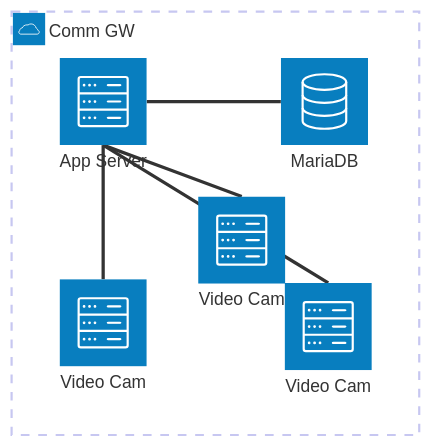
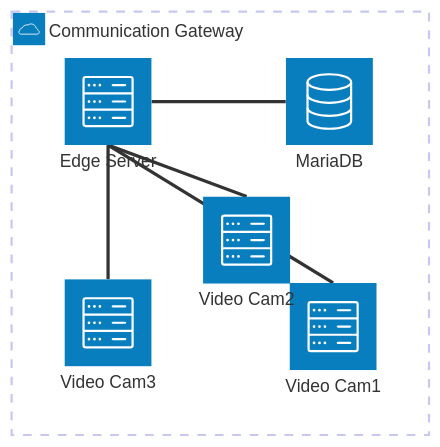
The second of 2 diagrams in Doc1.md (robert-brown19/apple-pi), drawn with Mermaid before and after one commit.

Commit message:
Update service names and group label in Doc1.md

````diff
--- a/Doc1.md
+++ b/Doc1.md
@@ -17,15 +17,15 @@
 ```mermaid
 architecture-beta
-    group api(cloud)[Comm GW]
+    group api(cloud)[Communication Gateway]
 
-    service app_server(server)[App Server] in api
+    service app_server(server)[Edge Server] in api
     service db(database)[MariaDB] in api
-    service server1(server)[Video Cam] in api
-    service server2(server)[Video Cam] in api
-    service server3(server)[Video Cam] in api
+    service server1(server)[Video Cam1] in api
+    service server2(server)[Video Cam2] in api
+    service server3(server)[Video Cam3] in api
 
     db:L -- R:app_server
     server1:T -- B:app_server
     server2:T -- B:app_server
     server3:T -- B:app_server
 ```
````
